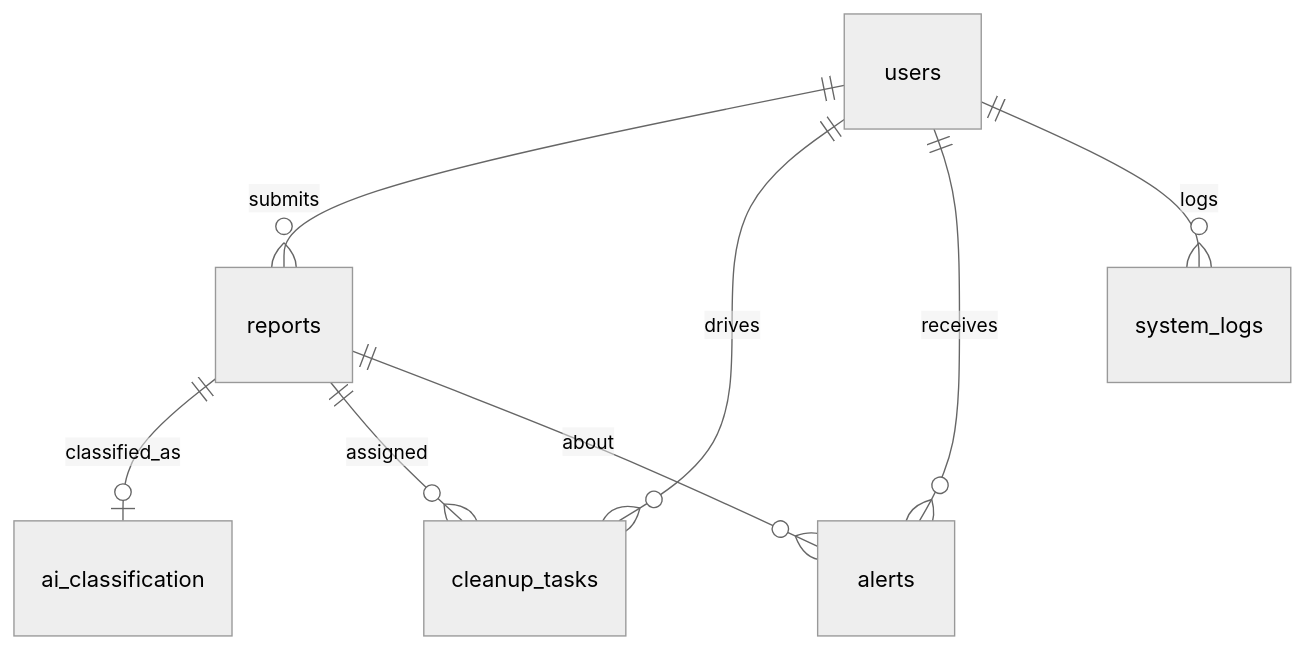
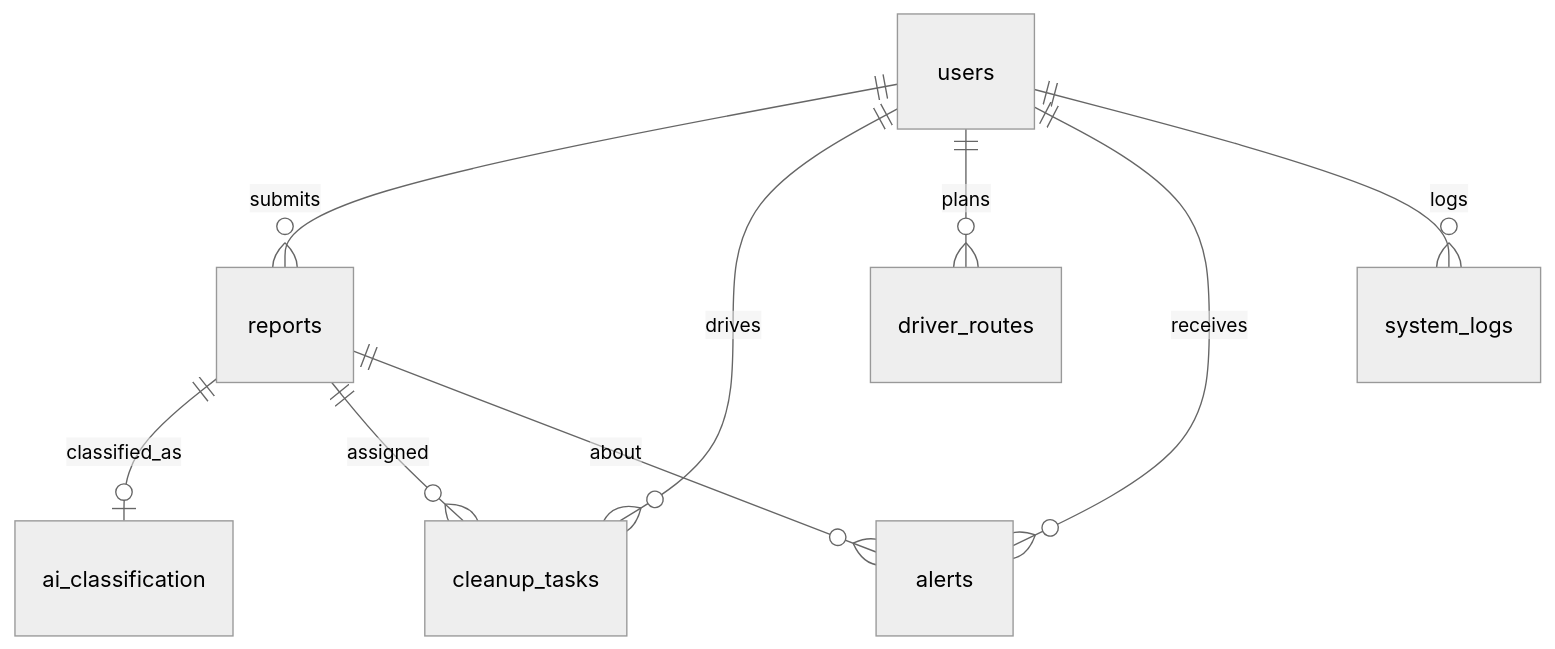
The diagram in obsidian/Stack/Database.md (m-hamza7/cleanai-landing), drawn with Mermaid (neutral theme) before and after one commit. The commit also changed other lines of this file and 13 other files, not shown here.

````diff
--- a/obsidian/Stack/Database.md
+++ b/obsidian/Stack/Database.md
@@ -33,10 +34,11 @@
 ```mermaid
 erDiagram
   users ||--o{ reports : submits
   reports ||--o| ai_classification : classified_as
   reports ||--o{ cleanup_tasks : assigned
   users ||--o{ cleanup_tasks : drives
+  users ||--o{ driver_routes : plans
   users ||--o{ alerts : receives
   reports ||--o{ alerts : about
   users ||--o{ system_logs : logs
 ```
````
